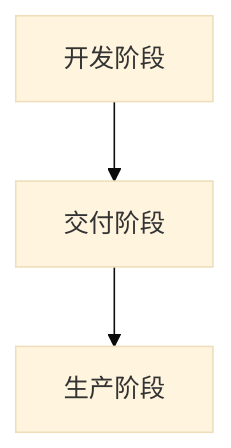
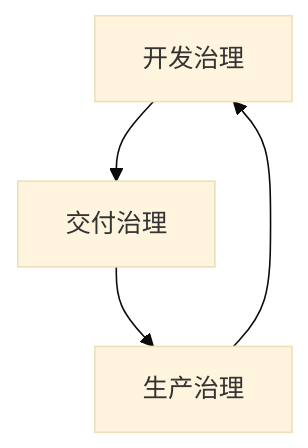
One commit to PawSQL/pawsql-docs-mantlify changed the diagram in docs/use-cases/enterprise-sql-governance.mdx. Above: the diagram before and after it, drawn with Mermaid (base theme). The commit also changed other lines of this file and 82 other files, not shown here.

````diff
--- a/docs/use-cases/enterprise-sql-governance.mdx
+++ b/docs/use-cases/enterprise-sql-governance.mdx
@@ -206,4 +43,4 @@
-    ```mermaid
-    flowchart TD
-        A["开发阶段"] --> B["交付阶段"] --> C["生产阶段"]
-    ```
+```mermaid
+flowchart TD
+    A[开发治理] --> B[交付治理] --> C[生产治理] --> A
+```
````
